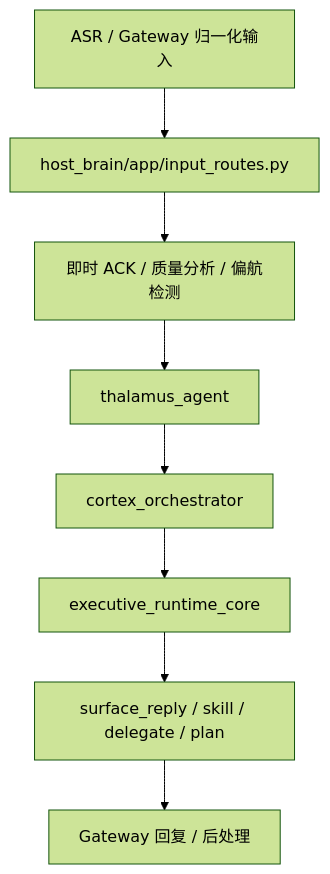
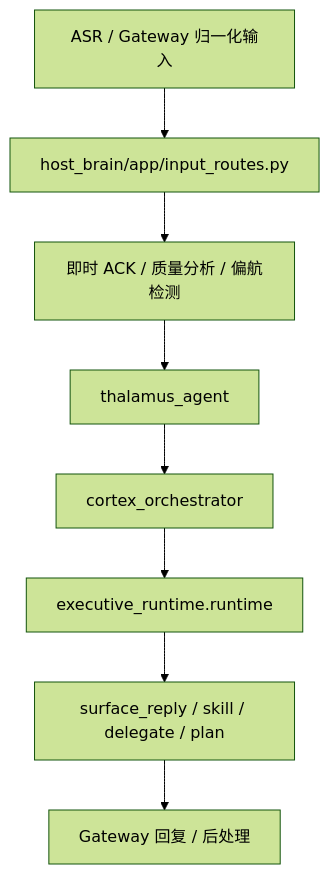
Before and after one commit to SakuraYoruno/Natsume_Ai: the third of 4 diagrams in docs/15_theory/architecture_overview.md, drawn with Mermaid (forest theme). The commit also changed other lines of this file and 483 other files, not shown here.

````diff
--- a/docs/15_theory/architecture_overview.md
+++ b/docs/15_theory/architecture_overview.md
@@ -105,10 +105,10 @@
 ```mermaid
 flowchart TD
     A["ASR / Gateway 归一化输入"] --> B["host_brain/app/input_routes.py"]
     B --> C["即时 ACK / 质量分析 / 偏航检测"]
     C --> D["thalamus_agent"]
     D --> E["cortex_orchestrator"]
-    E --> F["executive_runtime_core"]
+    E --> F["executive_runtime.runtime"]
     F --> G["surface_reply / skill / delegate / plan"]
     G --> H["Gateway 回复 / 后处理"]
 ```
````
